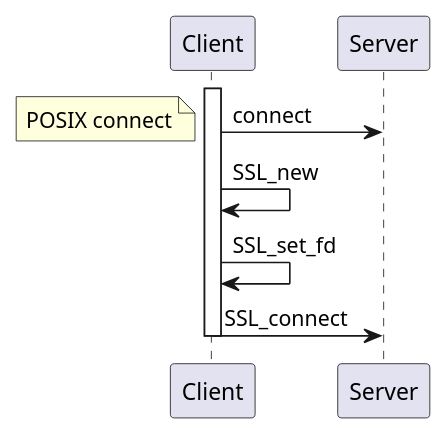
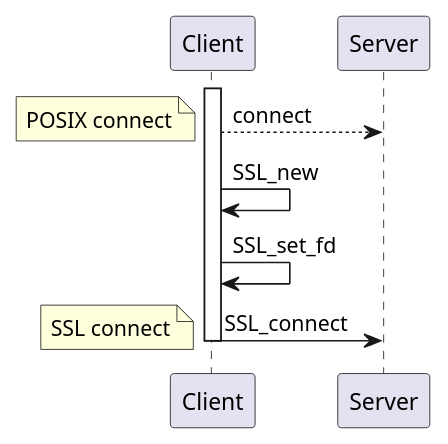
The third of 4 diagrams in _posts/2022-09-10-openssl-tls.md (zeerd/zeerd.github.io), drawn with PlantUML before and after one commit. The commit also changed other lines of this file and 5 other files, not shown here.

Commit message:
modify plantuml

````diff
--- a/_posts/2022-09-10-openssl-tls.md
+++ b/_posts/2022-09-10-openssl-tls.md
@@ -193,9 +202,10 @@
 ```plantuml
 activate Client
-Client -> Server : connect
+Client --> Server : connect
 note left : POSIX connect
 Client -> Client : SSL_new
 Client -> Client : SSL_set_fd
 Client -> Server : SSL_connect
+note left : SSL connect
 deactivate Client
 ```
````
